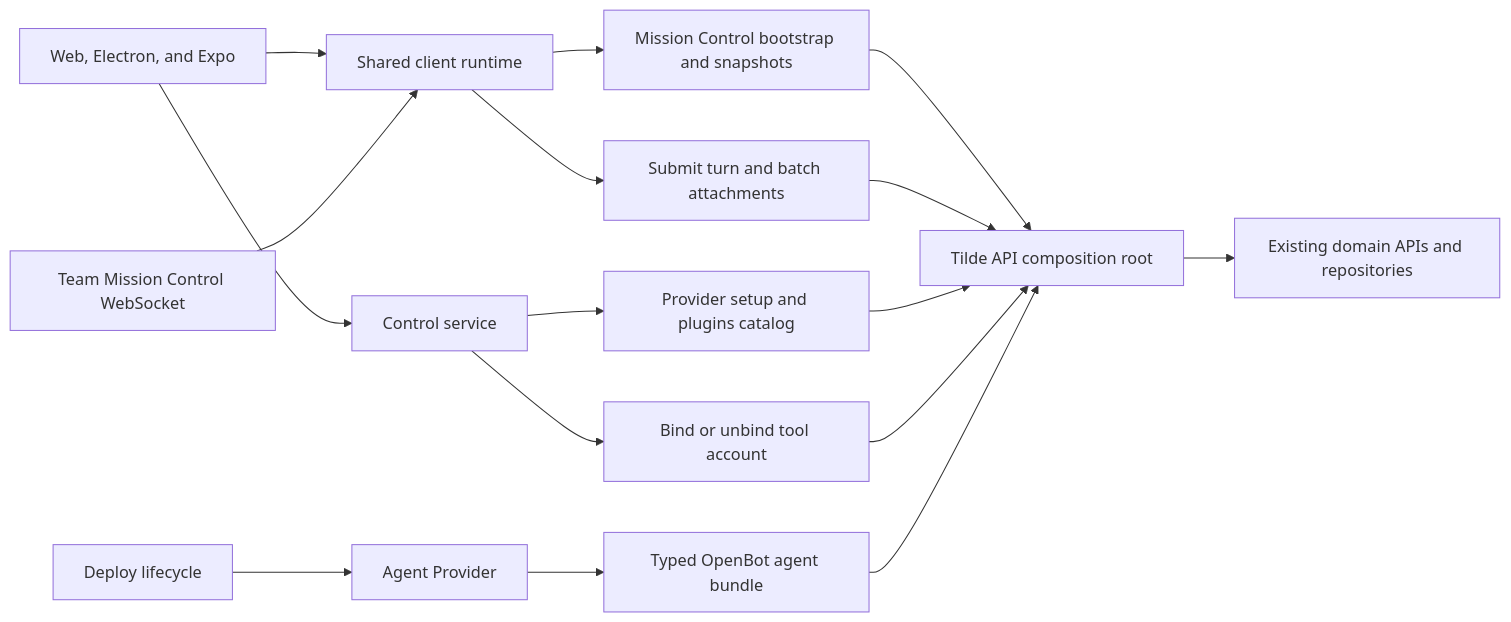
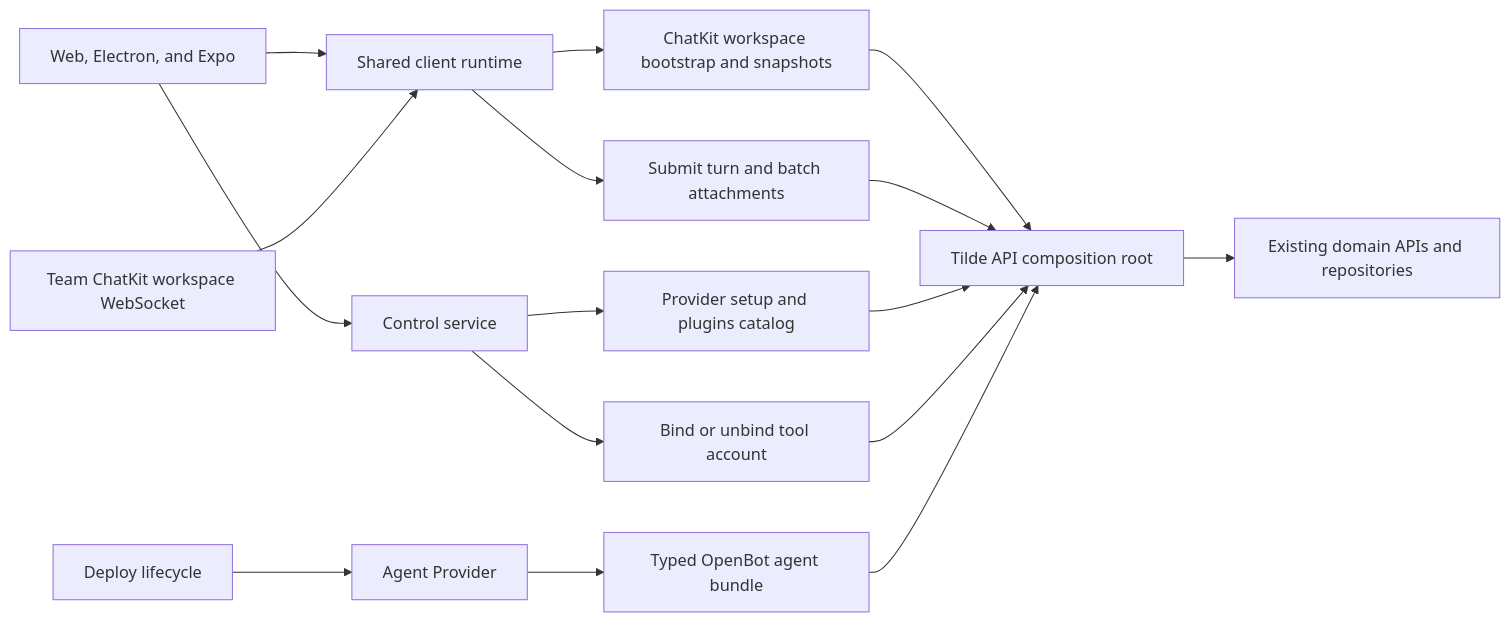
The diagram in docs/updates/86.md (trytilde/dispatch), drawn with Mermaid before and after one commit. The commit also changed other lines of this file and 51 other files, not shown here.

First line of the commit message:
feat(chat): adopt ChatKit realtime events (#101)

````diff
--- a/docs/updates/86.md
+++ b/docs/updates/86.md
@@ -16,18 +16,18 @@
 ```mermaid
 flowchart LR
     UI[Web, Electron, and Expo] --> R[Shared client runtime]
-    R --> B[Mission Control bootstrap and snapshots]
+    R --> B[ChatKit workspace bootstrap and snapshots]
     R --> T[Submit turn and batch attachments]
     UI --> C[Control service]
     C --> P[Provider setup and plugins catalog]
     C --> M[Bind or unbind tool account]
     D[Deploy lifecycle] --> A[Agent Provider]
     A --> G[Typed OpenBot agent bundle]
     B --> API[Tilde API composition root]
     T --> API
     P --> API
     M --> API
     G --> API
     API --> DOM[Existing domain APIs and repositories]
-    WS[Team Mission Control WebSocket] --> R
+    WS[Team ChatKit workspace WebSocket] --> R
 ```
````
